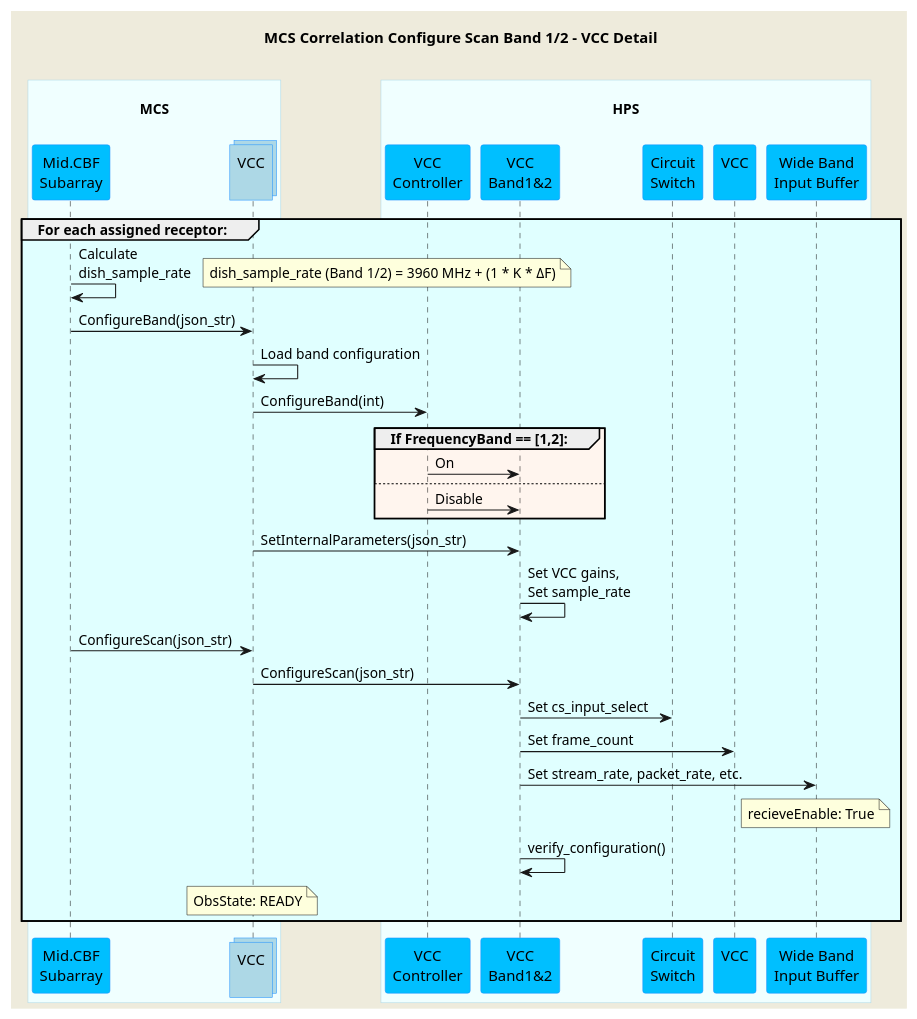
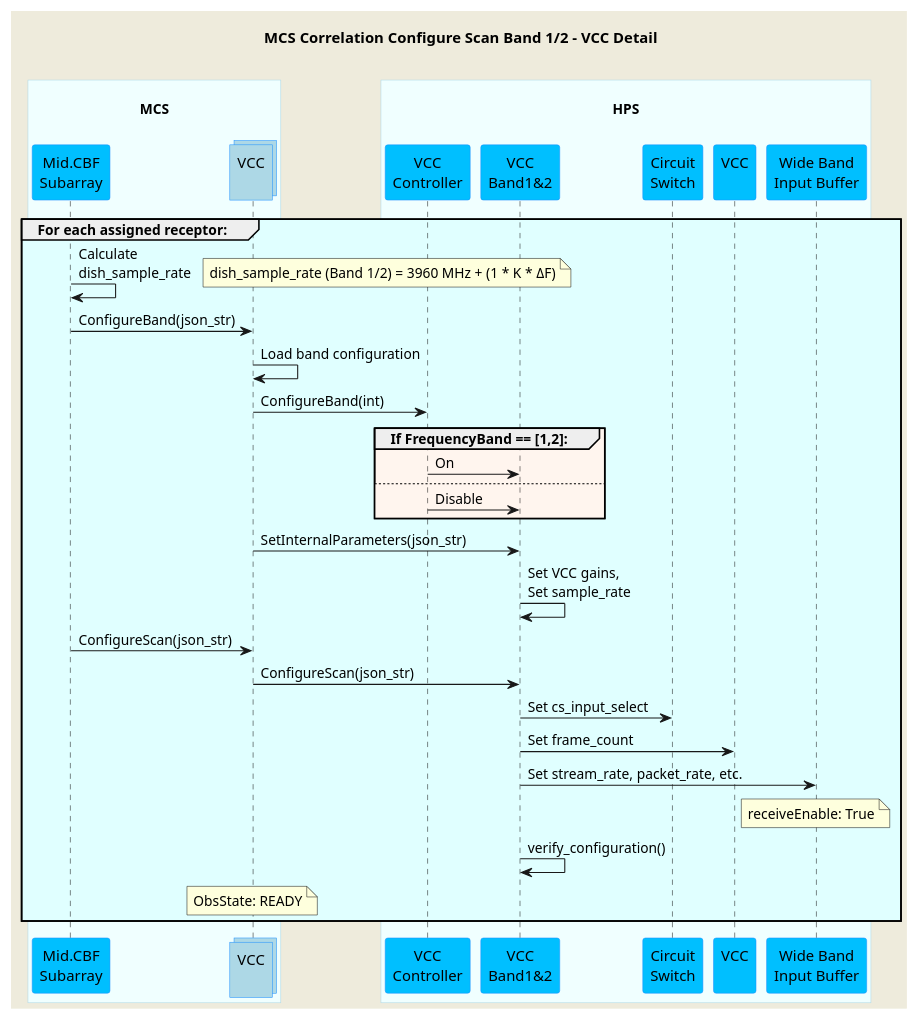
Before and after one commit to ska-telescope/mid-cbf-mcs: the diagram in docs/src/diagrams/configure-scan-vcc.puml, drawn with PlantUML. The commit also changed 2 other files, not shown here.

```diff
--- a/docs/src/diagrams/configure-scan-vcc.puml
+++ b/docs/src/diagrams/configure-scan-vcc.puml
@@ -1,57 +1,57 @@
 @startuml
 'https://plantuml.com/sequence-diagram
 
 skinparam backgroundColor #EEEBDC
 skinparam sequence {
     ParticipantBorderColor DodgerBlue
     ParticipantBackgroundColor DeepSkyBlue
     ActorBorderColor DarkGreen
     ActorBackgroundColor Green
     BoxBorderColor LightBlue
     BoxBackgroundColor #F0FFFF
 }
 skinparam collections {
     BackGroundColor LightBlue
     BorderColor DodgerBlue
 }
 
 title MCS Correlation Configure Scan Band 1/2 - VCC Detail\n
 
 box "\nMCS\n"
     participant "Mid.CBF\nSubarray" as subarray
     collections "VCC\n" as vcc
 end box
 box "\nHPS\n"
     participant "VCC\nController" as hpsvcc
     participant "VCC\nBand1&2" as vccband1
     participant "Circuit\nSwitch" as cs
     participant "VCC\n" as vccdevice
     participant "Wide Band\nInput Buffer" as wb
 end box
 
 group #LightCyan For each assigned receptor:
     subarray    -> subarray     : Calculate\ndish_sample_rate
     note right                  : dish_sample_rate (Band 1/2) = 3960 MHz + (1 * K * <U+0394>F)
     subarray    -> vcc          : ConfigureBand(json_str)
     vcc         -> vcc          : Load band configuration
     vcc         -> hpsvcc       : ConfigureBand(int)
     group #SeaShell If FrequencyBand == [1,2]:
         hpsvcc  -> vccband1     : On
     else 
         hpsvcc  -> vccband1     : Disable
     end group
     vcc         -> vccband1     : SetInternalParameters(json_str)
     vccband1    -> vccband1     : Set VCC gains,\nSet sample_rate
 
     subarray    -> vcc          : ConfigureScan(json_str)
     vcc         -> vccband1     : ConfigureScan(json_str)
     vccband1    -> cs           : Set cs_input_select
     vccband1    -> vccdevice    : Set frame_count
     vccband1    -> wb           : Set stream_rate, packet_rate, etc.
-    note over wb                : recieveEnable: True
+    note over wb                : receiveEnable: True
     vccband1    -> vccband1     : verify_configuration()
     note over vcc               : ObsState: READY
 end group
 
 
 @enduml
```
